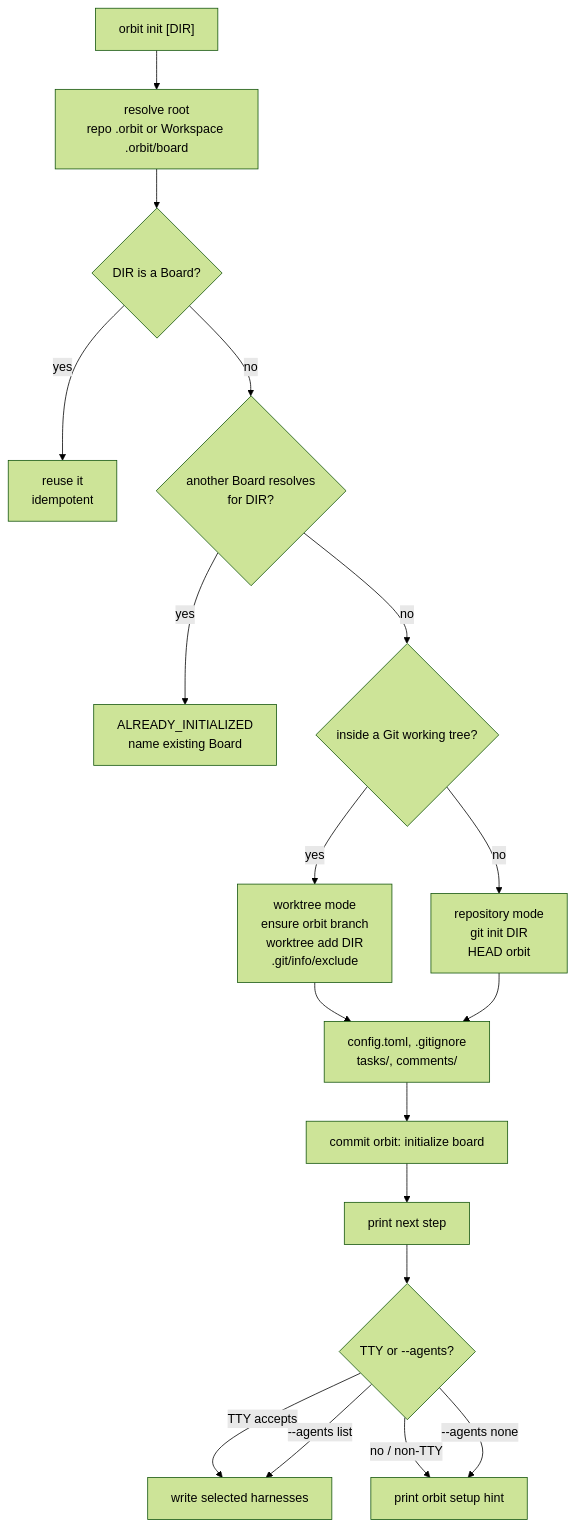
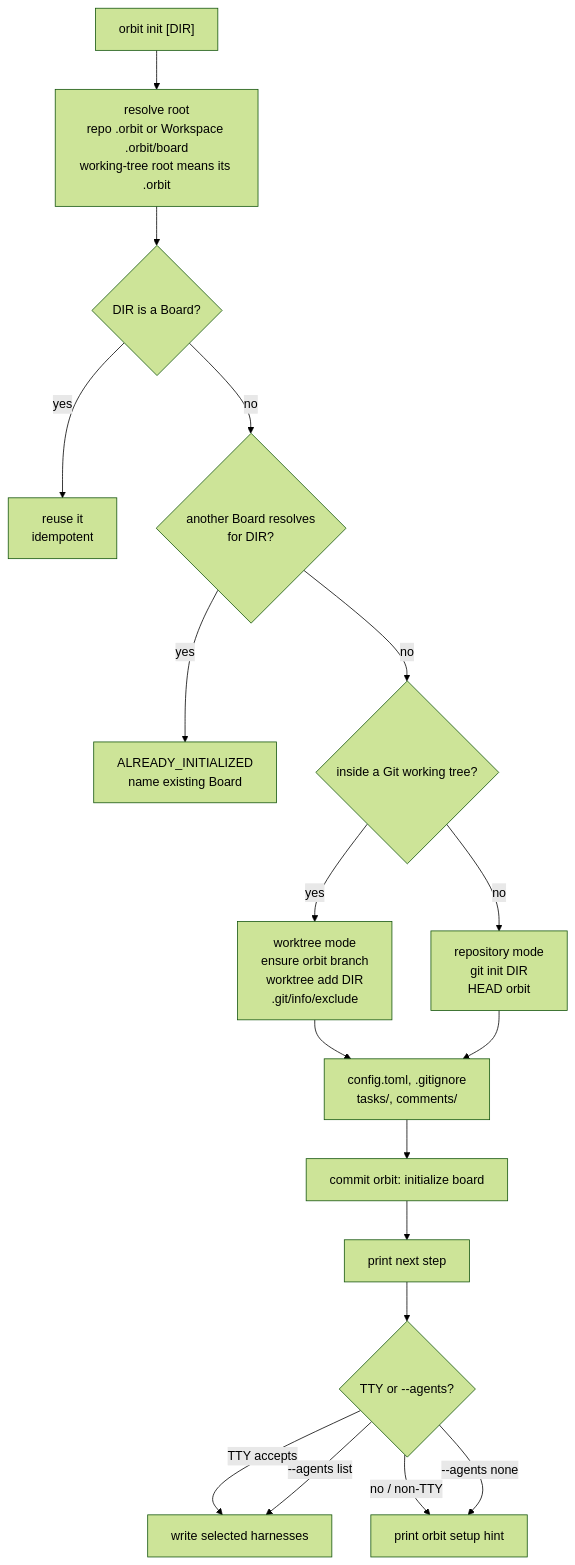
The tenth of 15 diagrams in docs/ARCHITECTURE.md (rcmendes/orbit), drawn with Mermaid (forest theme) before and after one commit. The commit also changed other lines of this file and 9 other files, not shown here.

Commit message:
fix: initialize the board when init targets a repository root

````diff
--- a/docs/ARCHITECTURE.md
+++ b/docs/ARCHITECTURE.md
@@ -615,20 +615,20 @@
 ```mermaid
 flowchart TD
-    I["orbit init [DIR]"] --> R["resolve root<br/>repo .orbit or Workspace .orbit/board"]
+    I["orbit init [DIR]"] --> R["resolve root<br/>repo .orbit or Workspace .orbit/board<br/>working-tree root means its .orbit"]
     R --> EXISTS{"DIR is a Board?"}
     EXISTS -->|yes| REUSE["reuse it<br/>idempotent"]
     EXISTS -->|no| SECOND{"another Board resolves<br/>for DIR?"}
     SECOND -->|yes| ERR["ALREADY_INITIALIZED<br/>name existing Board"]
     SECOND -->|no| INSIDE{"inside a Git working tree?"}
     INSIDE -->|yes| WT["worktree mode<br/>ensure orbit branch<br/>worktree add DIR<br/>.git/info/exclude"]
     INSIDE -->|no| REPO["repository mode<br/>git init DIR<br/>HEAD orbit"]
     WT --> FILES["config.toml, .gitignore<br/>tasks/, comments/"]
     REPO --> FILES
     FILES --> COMMIT["commit orbit: initialize board"]
     COMMIT --> NEXT["print next step"]
     NEXT --> PROMPT{"TTY or --agents?"}
     PROMPT -->|TTY accepts| SETUP["write selected harnesses"]
     PROMPT -->|no / non-TTY| HINT["print orbit setup hint"]
     PROMPT -->|--agents list| SETUP
     PROMPT -->|--agents none| HINT
 ```
````
